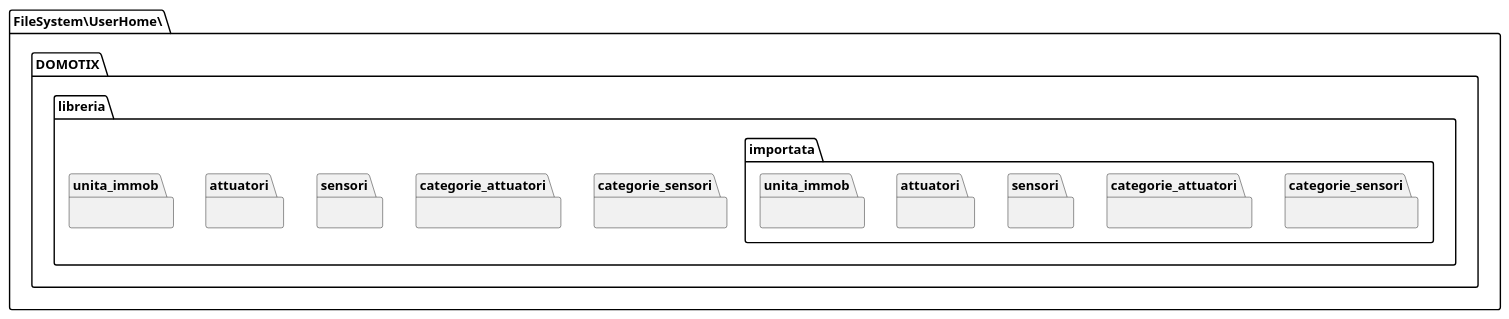
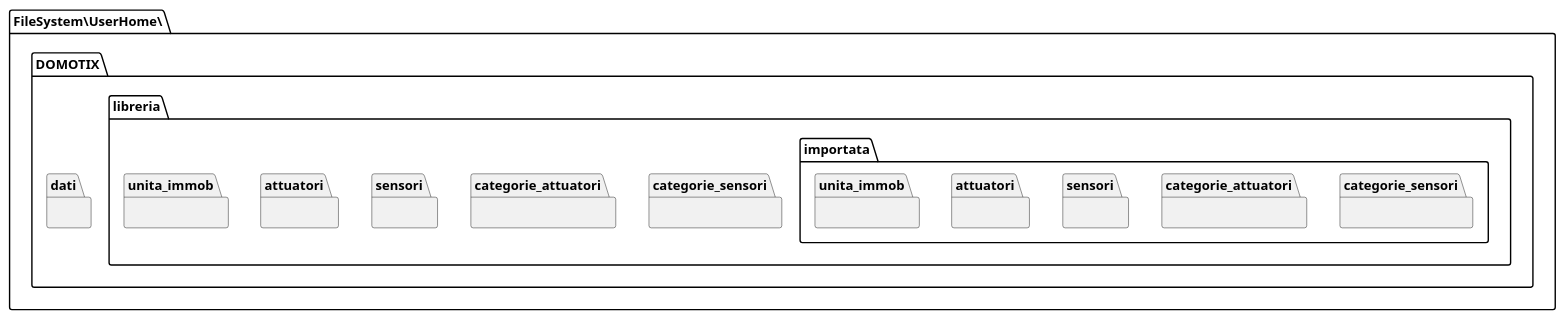
The diagram in StrutturaLibreriaLocale.puml (Edoar-do/Domotix), drawn with PlantUML before and after one commit. The commit also changed 40 other files, not shown here.

Commit message:
Aggiunge documentazione diagrammi V5

```diff
--- a/StrutturaLibreriaLocale.puml
+++ b/StrutturaLibreriaLocale.puml
@@ -1,30 +1,32 @@
 @startuml
 
 namespace FileSystem\UserHome\.DOMOTIX {
+    namespace dati {
+    }
     namespace libreria {
         namespace importata {
             namespace categorie_sensori {
             }
             namespace categorie_attuatori {
             }
             namespace sensori {
             }
             namespace attuatori {
             }
             namespace unita_immob {
             }
         }
         namespace categorie_sensori {
         }
         namespace categorie_attuatori {
         }
         namespace sensori {
         }
         namespace attuatori {
         }
         namespace unita_immob {
         }
     }
 }
 
 @enduml
```
